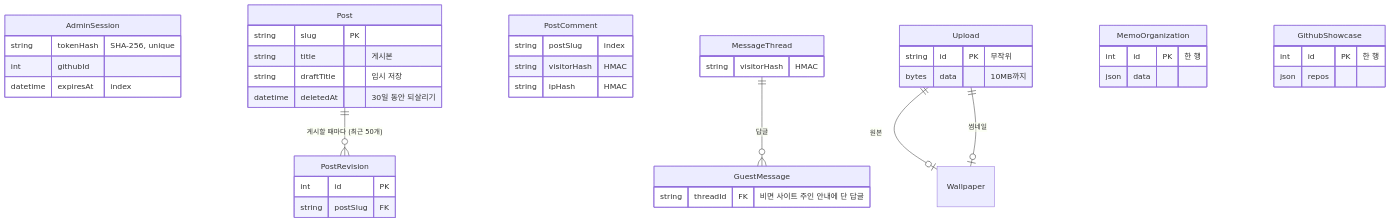
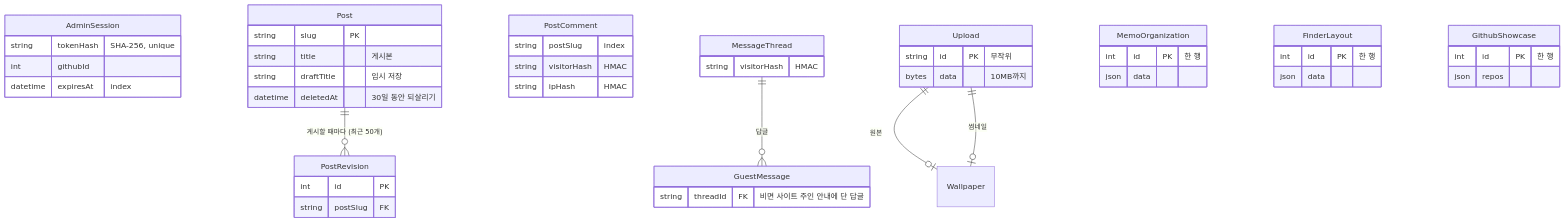
One commit to hyeoniverse/MacFolio changed the third of 3 diagrams in docs/backend-design.md. Above: the diagram before and after it, drawn with Mermaid. The commit also changed other lines of this file and 11 other files, not shown here.

````diff
--- a/docs/backend-design.md
+++ b/docs/backend-design.md
@@ -118,45 +119,49 @@
 ```mermaid
 erDiagram
     AdminSession {
         string tokenHash "SHA-256, unique"
         int githubId
         datetime expiresAt "index"
     }
     Post ||--o{ PostRevision : "게시할 때마다 (최근 50개)"
     Post {
         string slug PK
         string title "게시본"
         string draftTitle "임시 저장"
         datetime deletedAt "30일 동안 되살리기"
     }
     PostRevision {
         int id PK
         string postSlug FK
     }
     PostComment {
         string postSlug "index"
         string visitorHash "HMAC"
         string ipHash "HMAC"
     }
     MessageThread ||--o{ GuestMessage : "답글"
     MessageThread {
         string visitorHash "HMAC"
     }
     GuestMessage {
         string threadId FK "비면 사이트 주인 안내에 단 답글"
     }
     Upload ||--o| Wallpaper : "원본"
     Upload ||--o| Wallpaper : "썸네일"
     Upload {
         string id PK "무작위"
         bytes data "10MB까지"
     }
     MemoOrganization {
         int id PK "한 행"
         json data
     }
+    FinderLayout {
+        int id PK "한 행"
+        json data
+    }
     GithubShowcase {
         int id PK "한 행"
         json repos
     }
 ```
````
